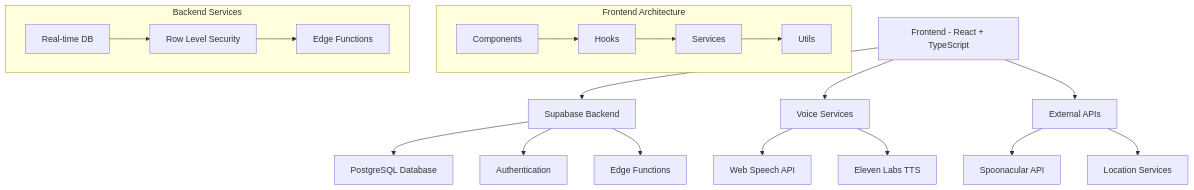
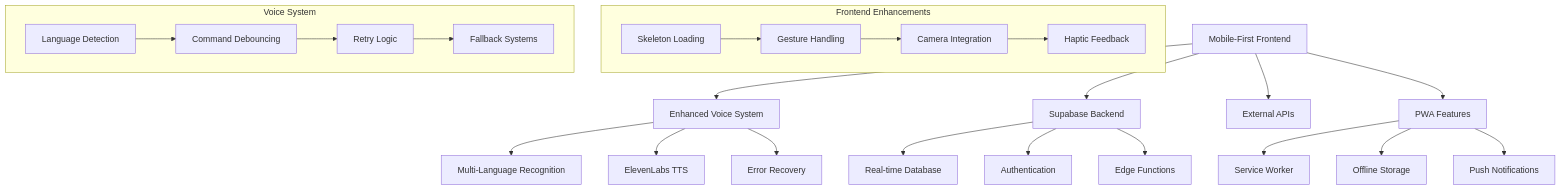
One commit to Kedhareswer/Chef-Speaks changed the second of 2 diagrams in README.md. Above: the diagram before and after it, drawn with Mermaid. The commit also changed other lines of this file and 4 other files, not shown here.

````diff
--- a/README.md
+++ b/README.md
@@ -65,27 +200,31 @@
 ```mermaid
 graph TB
-    A[Frontend - React + TypeScript] --> B[Supabase Backend]
-    A --> C[Voice Services]
+    A[Mobile-First Frontend] --> B[Enhanced Voice System]
+    A --> C[Supabase Backend]
     A --> D[External APIs]
+    A --> E[PWA Features]
     
-    B --> E[PostgreSQL Database]
-    B --> F[Authentication]
-    B --> G[Edge Functions]
+    B --> F[Multi-Language Recognition]
+    B --> G[ElevenLabs TTS]
+    B --> H[Error Recovery]
     
-    C --> H[Web Speech API]
-    C --> I[Eleven Labs TTS]
+    C --> I[Real-time Database]
+    C --> J[Authentication]
+    C --> K[Edge Functions]
     
-    D --> J[Spoonacular API]
-    D --> K[Location Services]
+    E --> L[Service Worker]
+    E --> M[Offline Storage]
+    E --> N[Push Notifications]
     
-    subgraph "Frontend Architecture"
-        A1[Components] --> A2[Hooks]
-        A2 --> A3[Services]
-        A3 --> A4[Utils]
+    subgraph "Frontend Enhancements"
+        A1[Skeleton Loading] --> A2[Gesture Handling]
+        A2 --> A3[Camera Integration]
+        A3 --> A4[Haptic Feedback]
     end
     
-    subgraph "Backend Services"
-        B1[Real-time DB] --> B2[Row Level Security]
-        B2 --> B3[Edge Functions]
+    subgraph "Voice System"
+        B1[Language Detection] --> B2[Command Debouncing]
+        B2 --> B3[Retry Logic]
+        B3 --> B4[Fallback Systems]
     end
 ```
````
